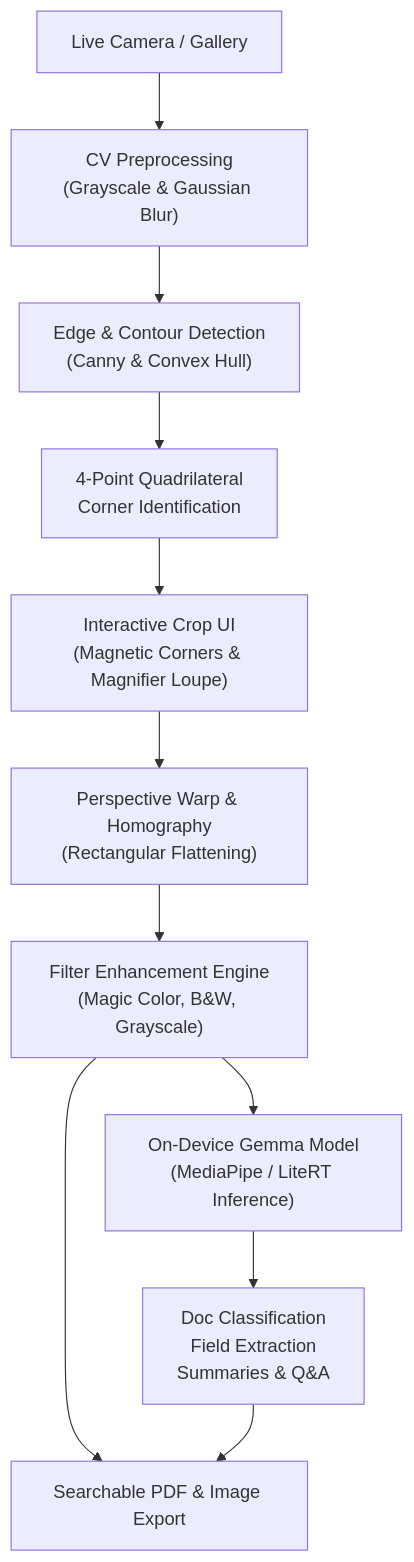
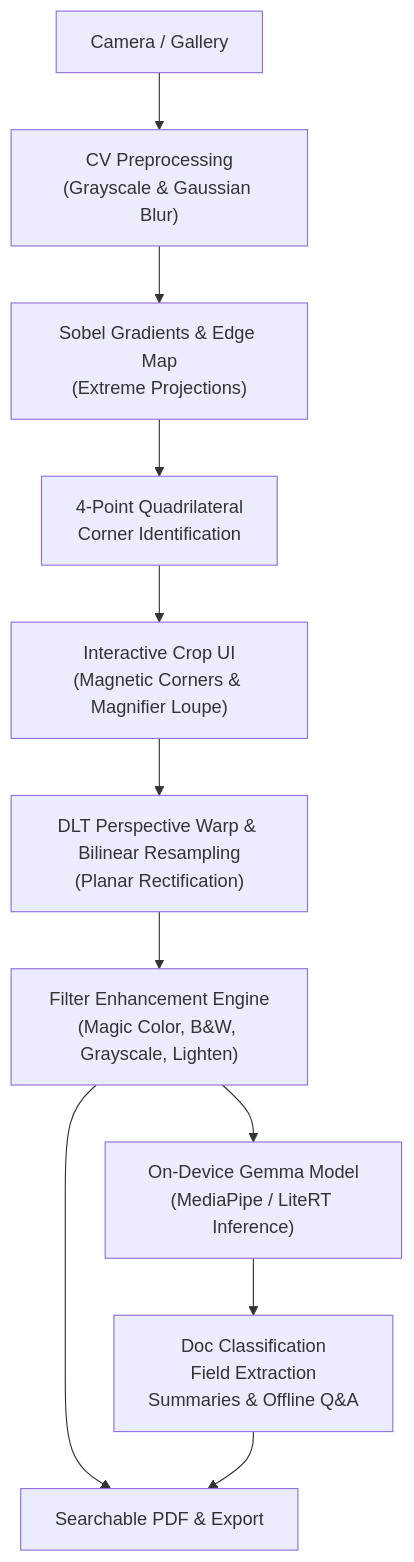
Before and after one commit to Ahmed1-Rebai/ClearScan: the diagram in README.md, drawn with Mermaid. The commit also changed other lines of this file and 21 other files, not shown here.

````diff
--- a/README.md
+++ b/README.md
@@ -44,13 +55,13 @@
 ```mermaid
 flowchart TD
-    Camera["Live Camera / Gallery"] --> Preprocess["CV Preprocessing<br/>(Grayscale & Gaussian Blur)"]
-    Preprocess --> Edges["Edge & Contour Detection<br/>(Canny & Convex Hull)"]
+    Camera["Camera / Gallery"] --> Preprocess["CV Preprocessing<br/>(Grayscale & Gaussian Blur)"]
+    Preprocess --> Edges["Sobel Gradients & Edge Map<br/>(Extreme Projections)"]
     Edges --> Corners["4-Point Quadrilateral<br/>Corner Identification"]
     Corners --> CropUI["Interactive Crop UI<br/>(Magnetic Corners & Magnifier Loupe)"]
-    CropUI --> Homography["Perspective Warp & Homography<br/>(Rectangular Flattening)"]
-    Homography --> Filters["Filter Enhancement Engine<br/>(Magic Color, B&W, Grayscale)"]
+    CropUI --> Homography["DLT Perspective Warp & Bilinear Resampling<br/>(Planar Rectification)"]
+    Homography --> Filters["Filter Enhancement Engine<br/>(Magic Color, B&W, Grayscale, Lighten)"]
     Filters --> LocalAI["On-Device Gemma Model<br/>(MediaPipe / LiteRT Inference)"]
-    LocalAI --> Features["Doc Classification<br/>Field Extraction<br/>Summaries & Q&A"]
-    Filters --> PDF["Searchable PDF & Image Export"]
+    LocalAI --> Features["Doc Classification<br/>Field Extraction<br/>Summaries & Offline Q&A"]
+    Filters --> PDF["Searchable PDF & Export"]
     Features --> PDF
 ```
````
